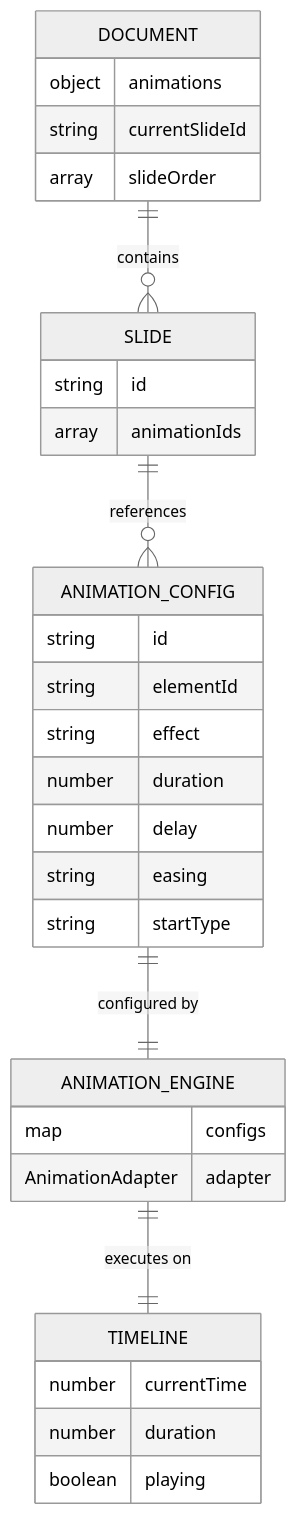
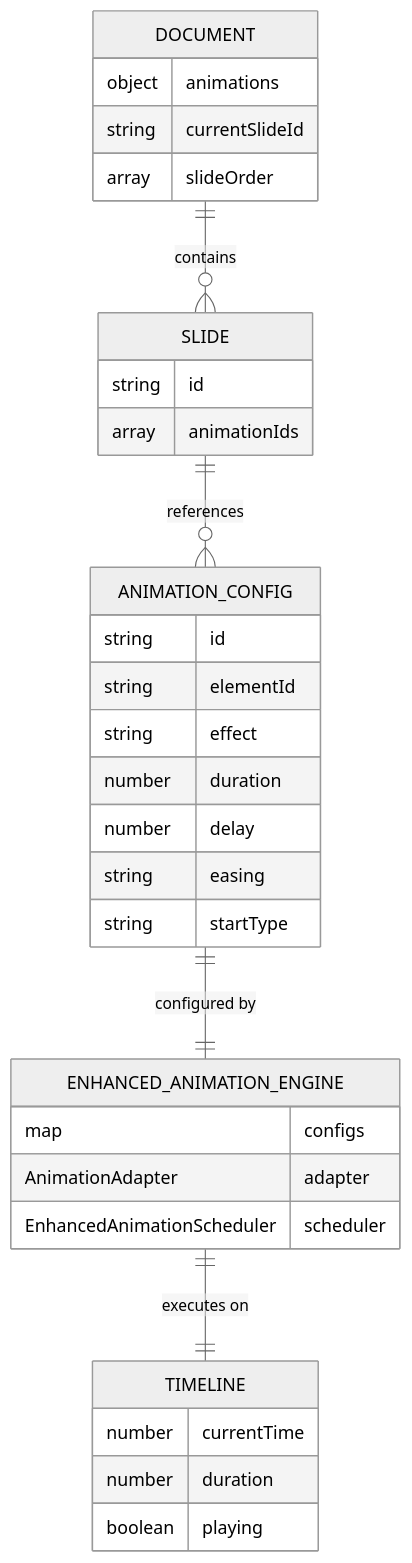
Diagram 23 of 23 in .qoder/repowiki/en/content/Animation System/Timeline Engine.md (Anna0314zy/ai_editor_enginer), drawn with Mermaid (neutral theme) before and after one commit. The commit also changed other lines of this file and 12 other files, not shown here.

````diff
--- a/.qoder/repowiki/en/content/Animation System/Timeline Engine.md
+++ b/.qoder/repowiki/en/content/Animation System/Timeline Engine.md
@@ -715,34 +891,35 @@
 ```mermaid
 erDiagram
 DOCUMENT {
 object animations
 string currentSlideId
 array slideOrder
 }
 SLIDE {
 string id
 array animationIds
 }
 ANIMATION_CONFIG {
 string id
 string elementId
 string effect
 number duration
 number delay
 string easing
 string startType
 }
-ANIMATION_ENGINE {
+ENHANCED_ANIMATION_ENGINE {
 map configs
 AnimationAdapter adapter
+EnhancedAnimationScheduler scheduler
 }
 TIMELINE {
 number currentTime
 number duration
 boolean playing
 }
 DOCUMENT ||--o{ SLIDE : "contains"
 SLIDE ||--o{ ANIMATION_CONFIG : "references"
-ANIMATION_CONFIG ||--|| ANIMATION_ENGINE : "configured by"
-ANIMATION_ENGINE ||--|| TIMELINE : "executes on"
+ANIMATION_CONFIG ||--|| ENHANCED_ANIMATION_ENGINE : "configured by"
+ENHANCED_ANIMATION_ENGINE ||--|| TIMELINE : "executes on"
 ```
````
